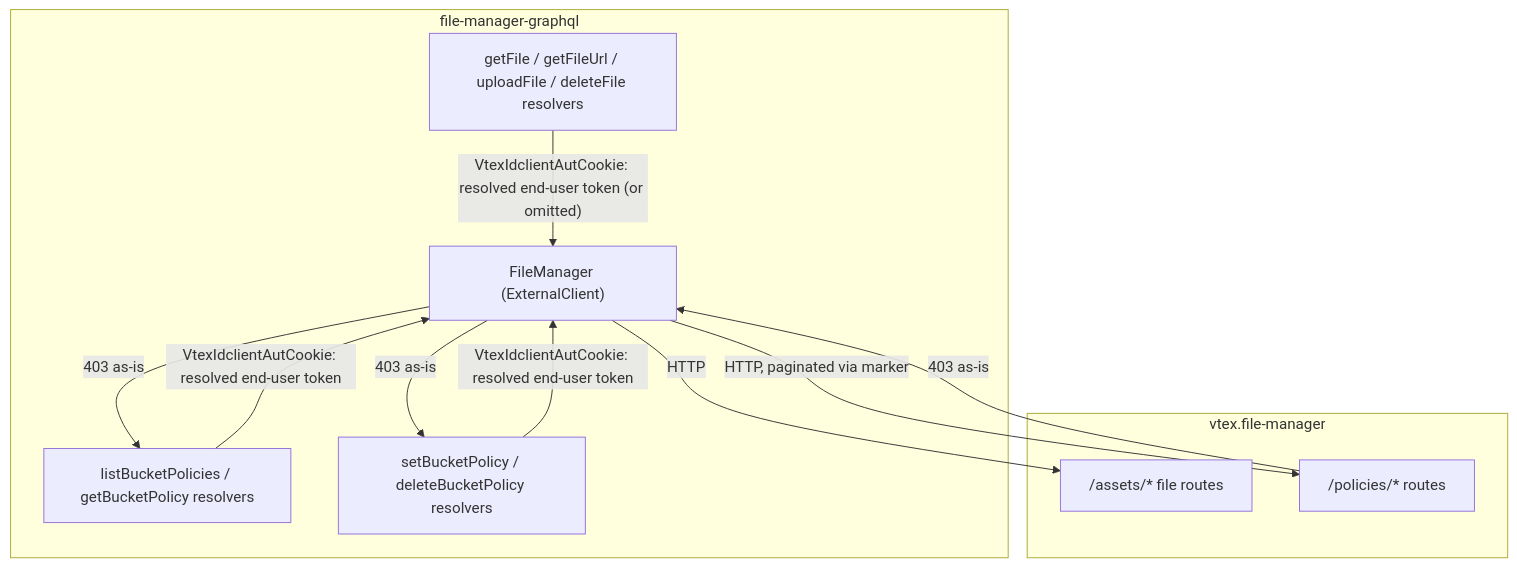
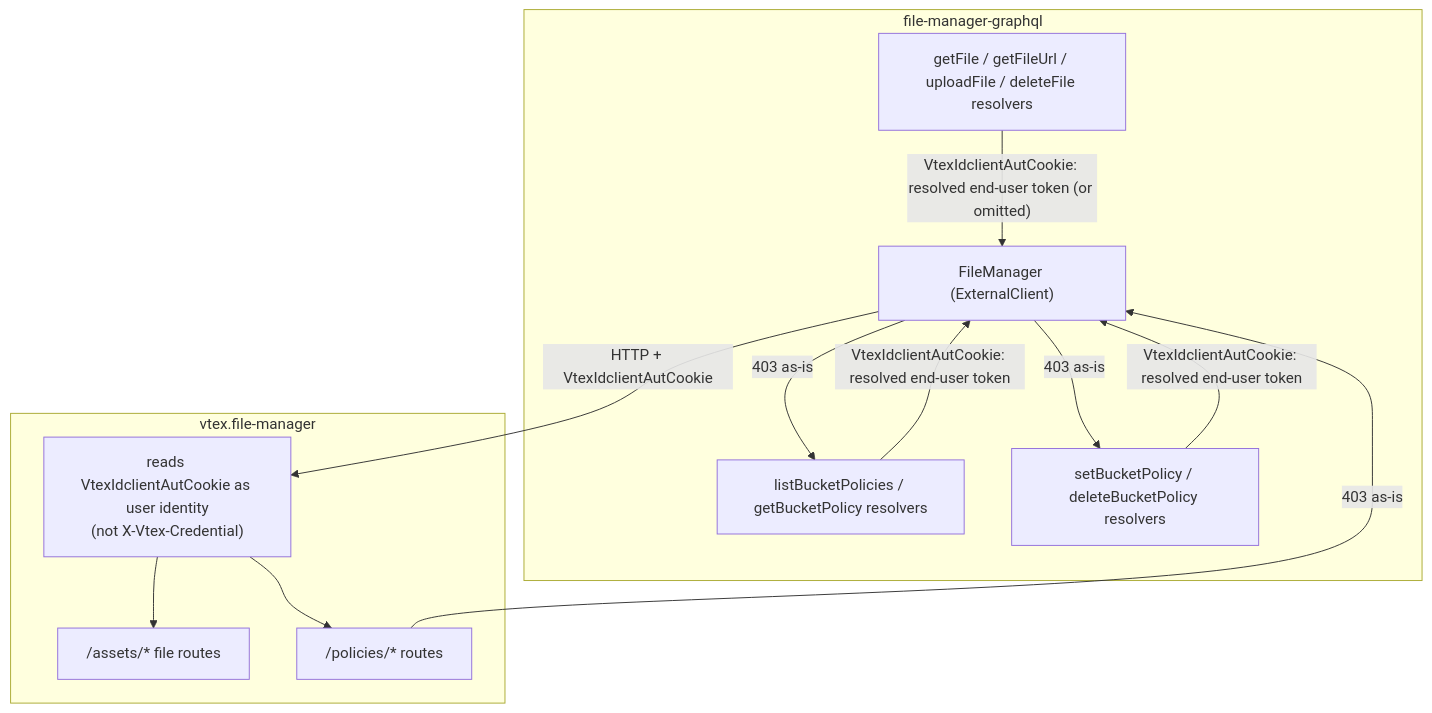
Before and after one commit to vtex-apps/file-manager-graphql: the first of 2 diagrams in specs/bucket-access-control-integration.md, drawn with Mermaid. The commit also changed other lines of this file, not shown here.

First line of the commit message:
docs: require file-manager to consume VtexIdclientAutCookie

````diff
--- a/specs/bucket-access-control-integration.md
+++ b/specs/bucket-access-control-integration.md
@@ -100,22 +123,24 @@
 ```mermaid
 flowchart TD
     subgraph gql [file-manager-graphql]
         R1["getFile / getFileUrl / uploadFile / deleteFile resolvers"]
         R2["listBucketPolicies / getBucketPolicy resolvers"]
         R3["setBucketPolicy / deleteBucketPolicy resolvers"]
         FM["FileManager (ExternalClient)"]
     end
     subgraph fm [vtex.file-manager]
+        AUTH["reads VtexIdclientAutCookie as user identity\n(not X-Vtex-Credential)"]
         FILE["/assets/* file routes"]
         POL["/policies/* routes"]
     end
 
     R1 -->|"VtexIdclientAutCookie: resolved end-user token (or omitted)"| FM
     R2 -->|"VtexIdclientAutCookie: resolved end-user token"| FM
     R3 -->|"VtexIdclientAutCookie: resolved end-user token"| FM
-    FM -->|"HTTP"| FILE
-    FM -->|"HTTP, paginated via marker"| POL
+    FM -->|"HTTP + VtexIdclientAutCookie"| AUTH
+    AUTH --> FILE
+    AUTH --> POL
     POL -->|"403 as-is"| FM
     FM -->|"403 as-is"| R2
     FM -->|"403 as-is"| R3
 ```
````
